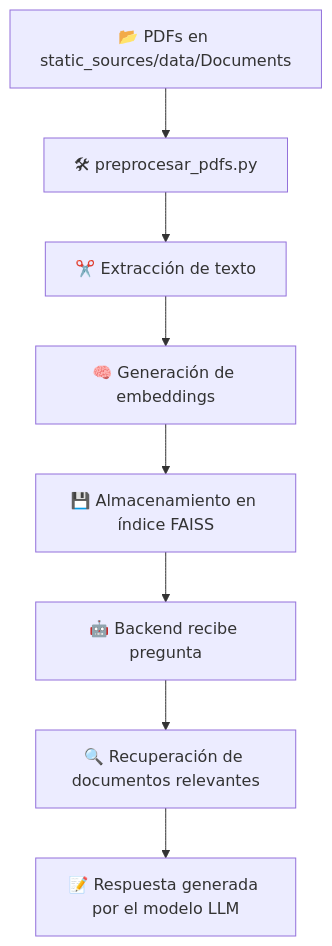
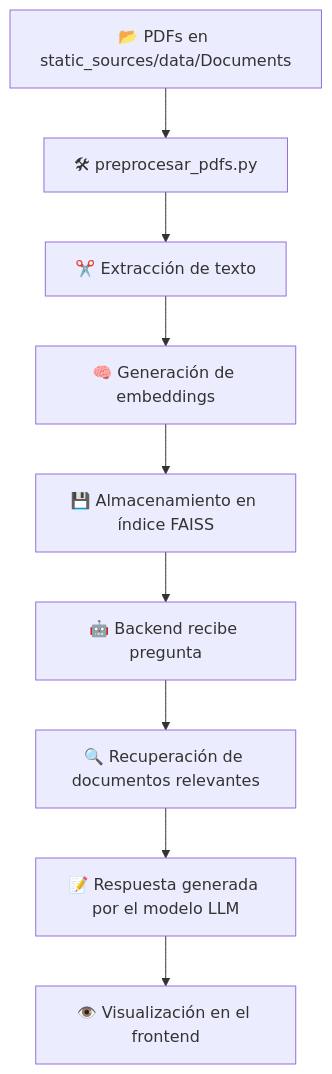
One commit to AdrianYArmas/IaBigData changed the diagram in BIU/README.md. Above: the diagram before and after it, drawn with Mermaid. The commit also changed other lines of this file, not shown here.

````diff
--- a/BIU/README.md
+++ b/BIU/README.md
@@ -142,10 +142,11 @@
 ```mermaid
 flowchart TD
     A[📂 PDFs en static_sources/data/Documents] --> B[🛠 preprocesar_pdfs.py]
     B --> C[✂️ Extracción de texto]
     C --> D[🧠 Generación de embeddings]
     D --> E[💾 Almacenamiento en índice FAISS]
     E --> F[🤖 Backend recibe pregunta]
     F --> G[🔍 Recuperación de documentos relevantes]
     G --> H[📝 Respuesta generada por el modelo LLM]
+    H --> I[👁️ Visualización en el frontend]
 ```
````
